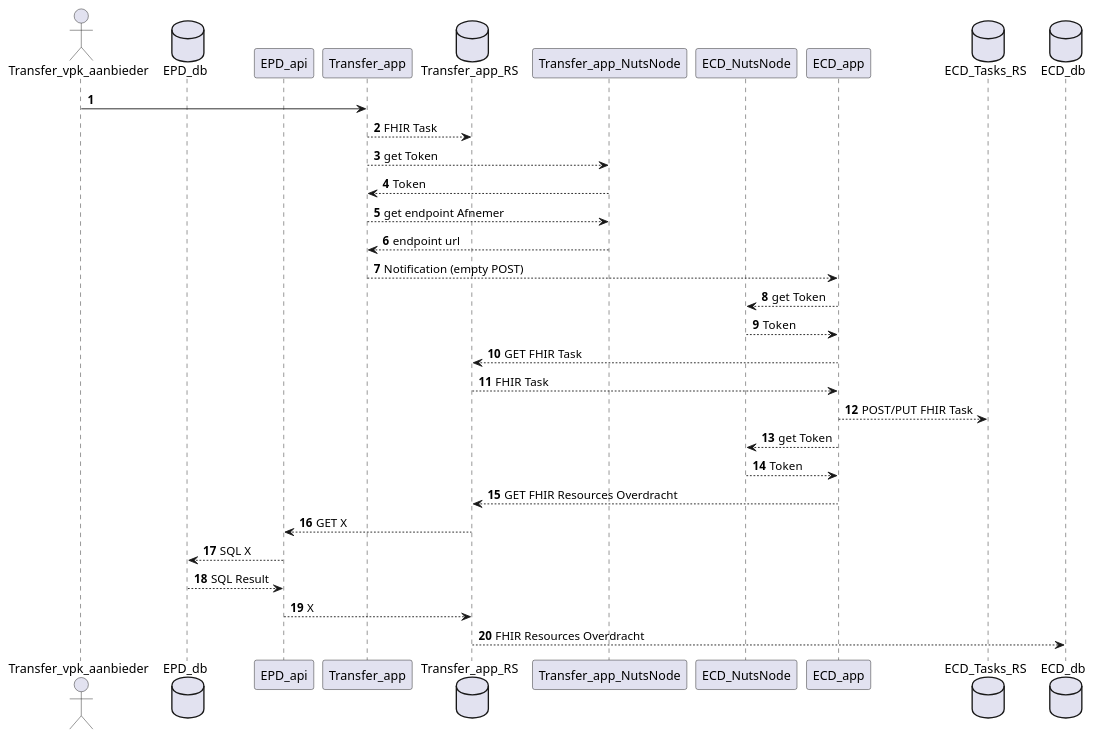
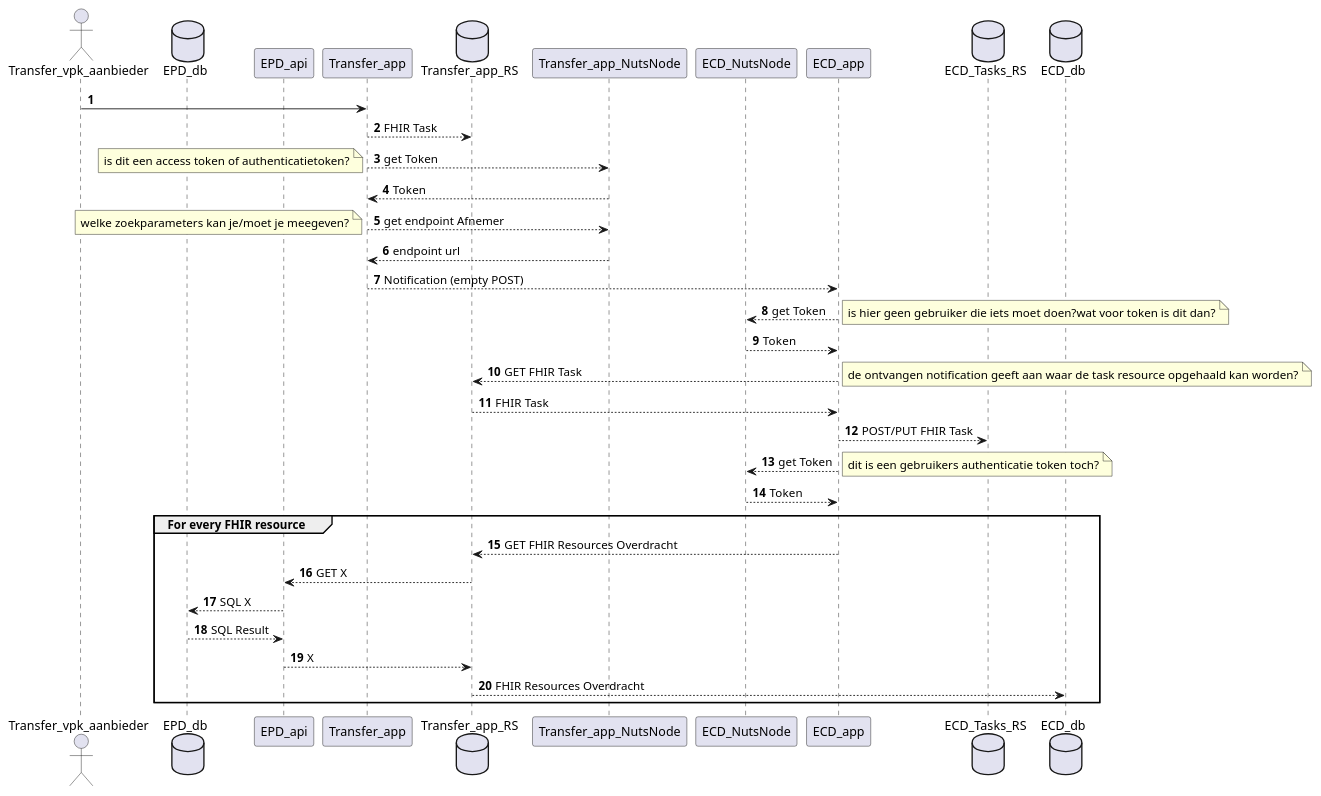
Before and after one commit to jorritspee/sequence-diagrams-eoverdracht: the diagram in sequentiediagram_zh_naar_vvt.puml, drawn with PlantUML. The commit also changed 1 other file, not shown here.

```diff
--- a/sequentiediagram_zh_naar_vvt.puml
+++ b/sequentiediagram_zh_naar_vvt.puml
@@ -1,35 +1,44 @@
 @startuml
 autonumber
 actor Transfer_vpk_aanbieder
 database EPD_db
 participant EPD_api
 participant Transfer_app
 database Transfer_app_RS
 participant Transfer_app_NutsNode
 participant ECD_NutsNode
 participant ECD_app
 database ECD_Tasks_RS
 database ECD_db
 
 Transfer_vpk_aanbieder -> Transfer_app
-Transfer_app --> Transfer_app_RS: FHIR Task
-Transfer_app --> Transfer_app_NutsNode: get Token
+Transfer_app --> Transfer_app_RS: FHIR Task 
+Transfer_app --> Transfer_app_NutsNode: get Token 
+note left: is dit een access token of authenticatietoken?
 Transfer_app <-- Transfer_app_NutsNode: Token
 Transfer_app --> Transfer_app_NutsNode: get endpoint Afnemer
+note left: welke zoekparameters kan je/moet je meegeven? 
 Transfer_app <-- Transfer_app_NutsNode: endpoint url
 Transfer_app --> ECD_app: Notification (empty POST)
 
-ECD_NutsNode <-- ECD_app: get Token
+
+ECD_NutsNode <-- ECD_app: get Token 
+note right: is hier geen gebruiker die iets moet doen?wat voor token is dit dan?
 ECD_NutsNode --> ECD_app: Token
-Transfer_app_RS <-- ECD_app: GET FHIR Task
+Transfer_app_RS <-- ECD_app: GET FHIR Task 
+note right: de ontvangen notification geeft aan waar de task resource opgehaald kan worden?
 Transfer_app_RS --> ECD_app: FHIR Task
 ECD_app --> ECD_Tasks_RS: POST/PUT FHIR Task
-ECD_NutsNode <-- ECD_app: get Token
+ECD_NutsNode <-- ECD_app: get Token 
+note right: dit is een gebruikers authenticatie token toch?
 ECD_NutsNode --> ECD_app: Token
-Transfer_app_RS <-- ECD_app: GET FHIR Resources Overdracht
+group For every FHIR resource
+Transfer_app_RS <-- ECD_app: GET FHIR Resources Overdracht 
+
 Transfer_app_RS --> EPD_api: GET X
 EPD_api --> EPD_db: SQL X
 EPD_api <-- EPD_db: SQL Result
 Transfer_app_RS <-- EPD_api: X
 Transfer_app_RS --> ECD_db: FHIR Resources Overdracht
+end
 @enduml
```
